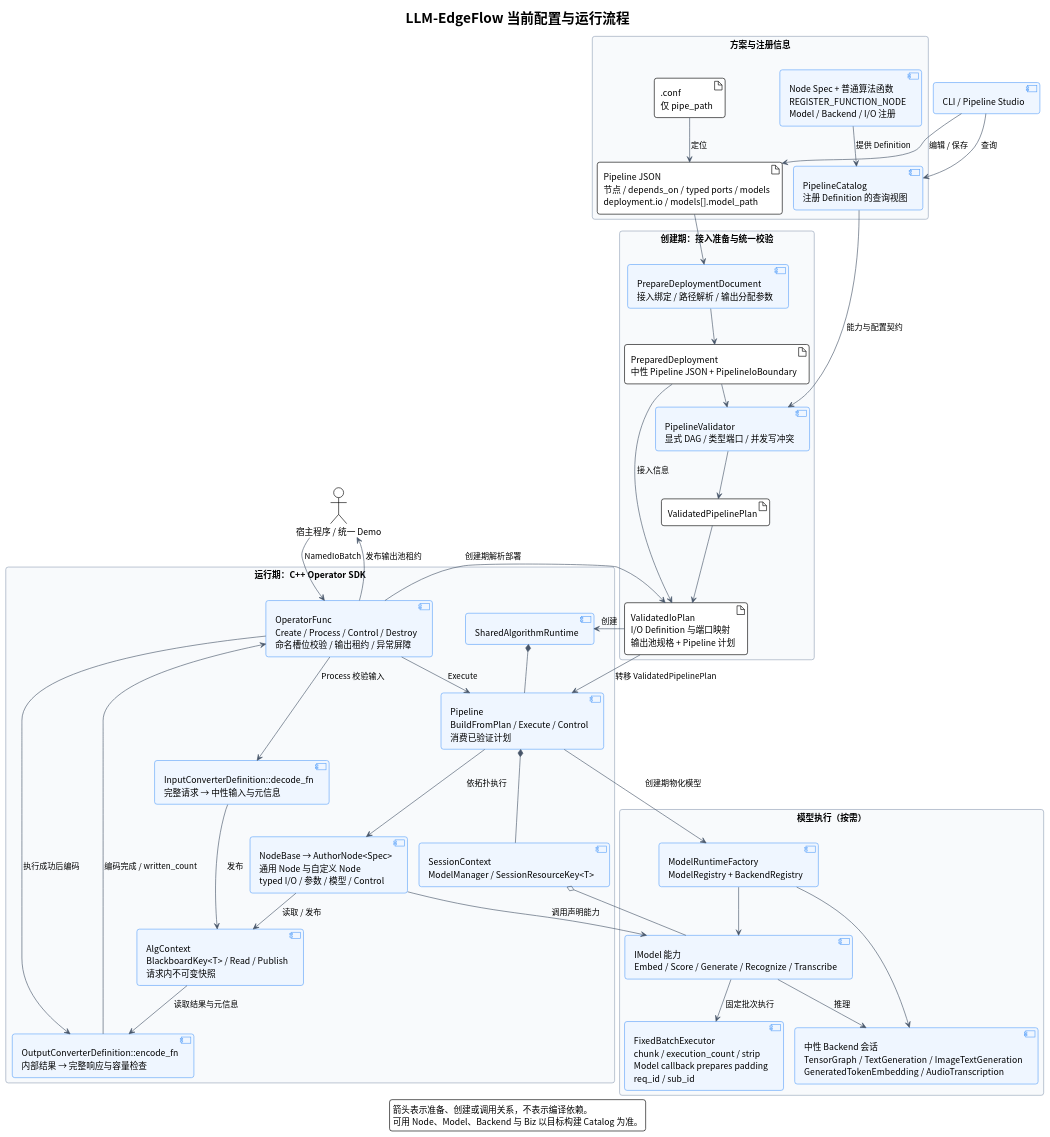
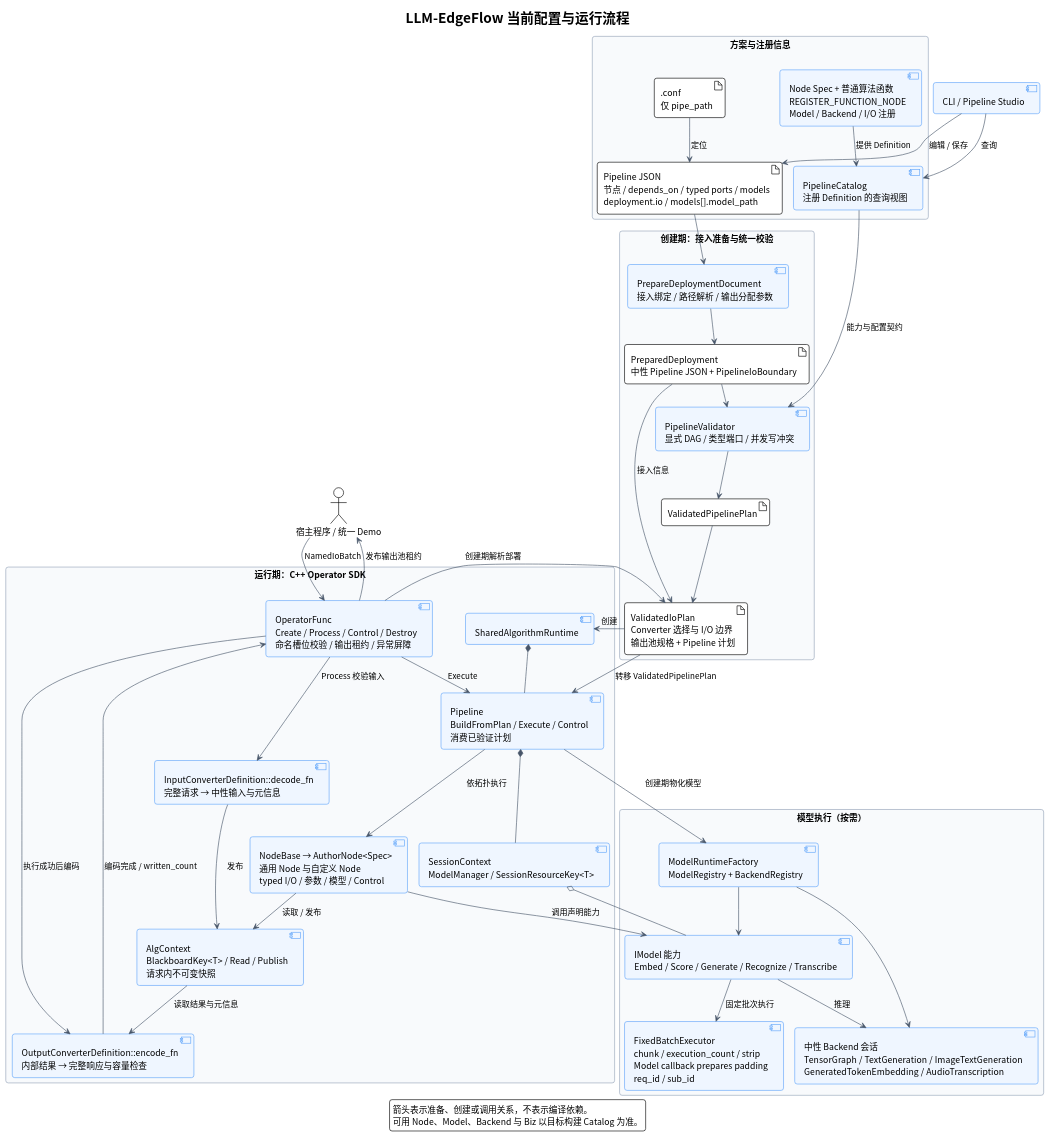
One commit to chamsechan/LLM-EdgeFlow changed the diagram in doc/architecture_flow.puml. Above: the diagram before and after it, drawn with PlantUML. The commit also changed 36 other files, not shown here.

```diff
--- a/doc/architecture_flow.puml
+++ b/doc/architecture_flow.puml
@@ -1,90 +1,90 @@
 @startuml LLM_EdgeFlow_Runtime_Flow
 !pragma layout smetana
 !theme plain
 skinparam backgroundColor #FFFFFF
 skinparam defaultFontName "Noto Sans CJK SC"
 skinparam shadowing false
 skinparam roundCorner 8
 skinparam packageStyle rectangle
 skinparam ArrowColor #475569
 skinparam packageBackgroundColor #F8FAFC
 skinparam packageBorderColor #94A3B8
 skinparam componentBackgroundColor #EFF6FF
 skinparam componentBorderColor #60A5FA
 
 title LLM-EdgeFlow 当前配置与运行流程
 legend bottom
   箭头表示准备、创建或调用关系，不表示编译依赖。
   可用 Node、Model、Backend 与 Biz 以目标构建 Catalog 为准。
 endlegend
 
 actor "宿主程序 / 统一 Demo" as Caller
 component "CLI / Pipeline Studio" as Tools
 
 package "方案与注册信息" {
   artifact ".conf\n仅 pipe_path" as Conf
   artifact "Pipeline JSON\n节点 / depends_on / typed ports / models\ndeployment.io / models[].model_path" as Document
   component "PipelineCatalog\n注册 Definition 的查询视图" as Catalog
   component "Node Spec + 普通算法函数\nREGISTER_FUNCTION_NODE\nModel / Backend / I/O 注册" as Definitions
 }
 
 package "创建期：接入准备与统一校验" {
   component "PrepareDeploymentDocument\n接入绑定 / 路径解析 / 输出分配参数" as Prepare
   artifact "PreparedDeployment\n中性 Pipeline JSON + PipelineIoBoundary" as Prepared
   component "PipelineValidator\n显式 DAG / 类型端口 / 并发写冲突" as Validator
   artifact "ValidatedPipelinePlan" as PipelinePlan
-  artifact "ValidatedIoPlan\nI/O Definition 与端口映射\n输出池规格 + Pipeline 计划" as IoPlan
+  artifact "ValidatedIoPlan\nConverter 选择与 I/O 边界\n输出池规格 + Pipeline 计划" as IoPlan
 }
 
 package "运行期：C++ Operator SDK" {
   component "OperatorFunc\nCreate / Process / Control / Destroy\n命名槽位校验 / 输出租约 / 异常屏障" as Operator
   component "SharedAlgorithmRuntime" as Runtime
   component "InputConverterDefinition::decode_fn\n完整请求 → 中性输入与元信息" as Decode
   component "OutputConverterDefinition::encode_fn\n内部结果 → 完整响应与容量检查" as Encode
   component "Pipeline\nBuildFromPlan / Execute / Control\n消费已验证计划" as Pipeline
   component "AlgContext\nBlackboardKey<T> / Read / Publish\n请求内不可变快照" as Context
   component "SessionContext\nModelManager / SessionResourceKey<T>" as Session
   component "NodeBase → AuthorNode<Spec>\n通用 Node 与自定义 Node\ntyped I/O / 参数 / 模型 / Control" as Nodes
 }
 
 package "模型执行（按需）" {
   component "ModelRuntimeFactory\nModelRegistry + BackendRegistry" as Factory
   component "IModel 能力\nEmbed / Score / Generate / Recognize / Transcribe" as Model
   component "中性 Backend 会话\nTensorGraph / TextGeneration / ImageTextGeneration\nGeneratedTokenEmbedding / AudioTranscription" as Backend
   component "FixedBatchExecutor\nchunk / execution_count / strip\nModel callback prepares padding\nreq_id / sub_id" as Batch
 }
 
 Tools --> Catalog : 查询
 Definitions --> Catalog : 提供 Definition
 Tools --> Document : 编辑 / 保存
 Conf --> Document : 定位
 Document --> Prepare
 Prepare --> Prepared
 Prepared --> Validator
 Catalog --> Validator : 能力与配置契约
 Validator --> PipelinePlan
 Prepared --> IoPlan : 接入信息
 PipelinePlan --> IoPlan
 Caller --> Operator : NamedIoBatch
 Operator --> IoPlan : 创建期解析部署
 IoPlan --> Runtime : 创建
 Runtime *-- Pipeline
 IoPlan --> Pipeline : 转移 ValidatedPipelinePlan
 Pipeline *-- Session
 Pipeline --> Factory : 创建期物化模型
 Factory --> Model
 Factory --> Backend
 Session o-- Model
 Operator --> Decode : Process 校验输入
 Decode --> Context : 发布
 Operator --> Pipeline : Execute
 Pipeline --> Nodes : 依拓扑执行
 Nodes --> Context : 读取 / 发布
 Nodes --> Model : 调用声明能力
 Model --> Backend : 推理
 Model --> Batch : 固定批次执行
 Operator --> Encode : 执行成功后编码
 Context --> Encode : 读取结果与元信息
 Encode --> Operator : 编码完成 / written_count
 Operator --> Caller : 发布输出池租约
 @enduml
```
